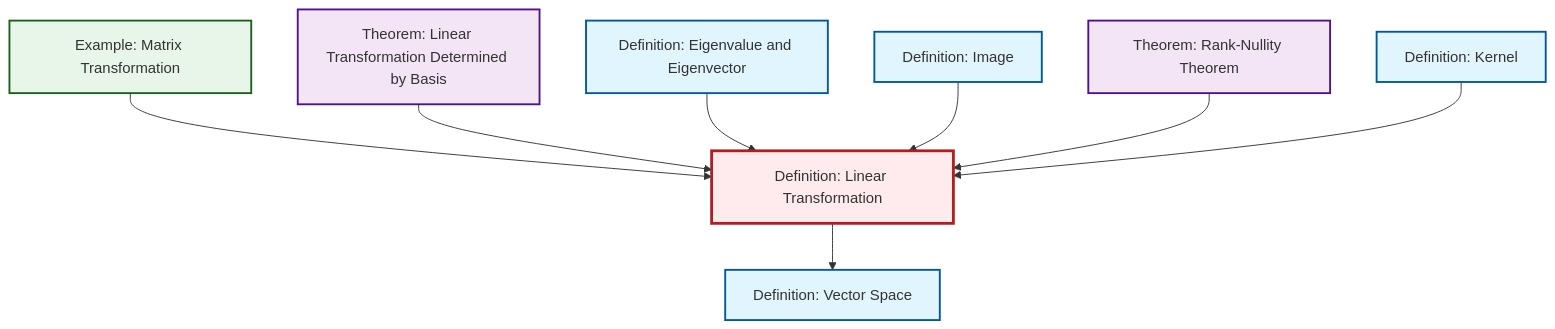
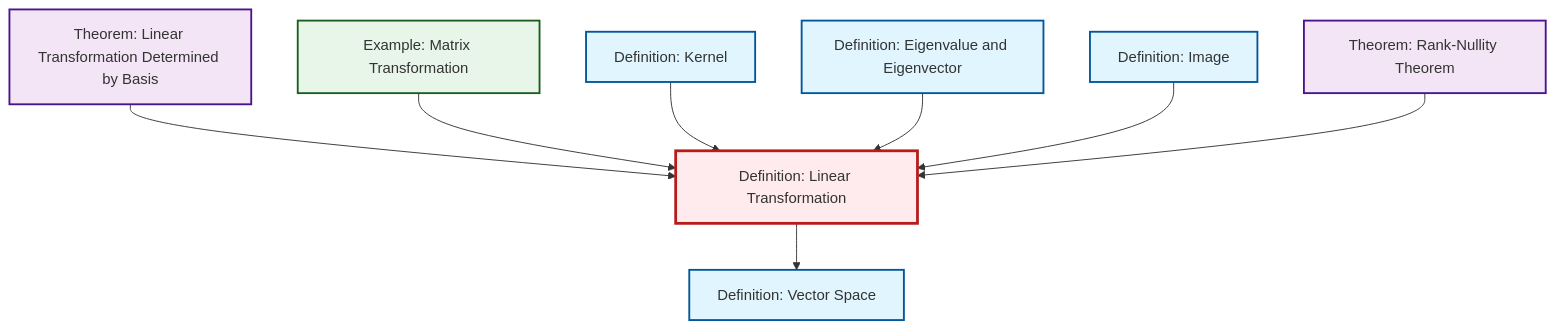
The diagram in content/en/algebra/def-linear-transformation.qmd (RK0429/ModernMath), drawn with Mermaid before and after one commit. The commit also changed other lines of this file and 474 other files, not shown here.

````diff
--- a/content/en/algebra/def-linear-transformation.qmd
+++ b/content/en/algebra/def-linear-transformation.qmd
@@ -45,32 +45,32 @@
 ```{mermaid}
 %%| fig-cap: "Local dependency graph"
 graph TD
     classDef definition fill:#e1f5fe,stroke:#01579b,stroke-width:2px
     classDef theorem fill:#f3e5f5,stroke:#4a148c,stroke-width:2px
     classDef axiom fill:#fff3e0,stroke:#e65100,stroke-width:2px
     classDef example fill:#e8f5e9,stroke:#1b5e20,stroke-width:2px
     classDef current fill:#ffebee,stroke:#b71c1c,stroke-width:3px
+    def-image["Definition: Image"]:::definition
     def-linear-transformation["Definition: Linear Transformation"]:::definition
     thm-linear-transformation-basis["Theorem: Linear Transformation Determined by Basis"]:::theorem
     ex-matrix-transformation["Example: Matrix Transformation"]:::example
+    def-vector-space["Definition: Vector Space"]:::definition
     def-kernel["Definition: Kernel"]:::definition
-    def-image["Definition: Image"]:::definition
+    thm-rank-nullity["Theorem: Rank-Nullity Theorem"]:::theorem
     def-eigenvalue-eigenvector["Definition: Eigenvalue and Eigenvector"]:::definition
-    thm-rank-nullity["Theorem: Rank-Nullity Theorem"]:::theorem
-    def-vector-space["Definition: Vector Space"]:::definition
+    thm-linear-transformation-basis --> def-linear-transformation
     ex-matrix-transformation --> def-linear-transformation
-    def-linear-transformation --> def-vector-space
-    thm-linear-transformation-basis --> def-linear-transformation
+    def-kernel --> def-linear-transformation
     def-eigenvalue-eigenvector --> def-linear-transformation
     def-image --> def-linear-transformation
+    def-linear-transformation --> def-vector-space
     thm-rank-nullity --> def-linear-transformation
-    def-kernel --> def-linear-transformation
     class def-linear-transformation current
+    click def-image "def-image.html" "Go to Image definition"
     click thm-linear-transformation-basis "thm-linear-transformation-basis.html" "Go to Linear Transformation Determined by Basis theorem"
     click ex-matrix-transformation "ex-matrix-transformation.html" "Go to Matrix Transformation example"
+    click def-vector-space "def-vector-space.html" "Go to Vector Space definition"
     click def-kernel "def-kernel.html" "Go to Kernel definition"
-    click def-image "def-image.html" "Go to Image definition"
+    click thm-rank-nullity "thm-rank-nullity.html" "Go to Rank-Nullity Theorem theorem"
     click def-eigenvalue-eigenvector "def-eigenvalue-eigenvector.html" "Go to Eigenvalue and Eigenvector definition"
-    click thm-rank-nullity "thm-rank-nullity.html" "Go to Rank-Nullity Theorem theorem"
-    click def-vector-space "def-vector-space.html" "Go to Vector Space definition"
 ```
````
